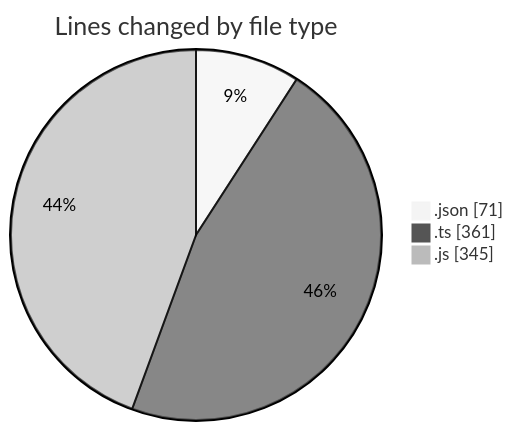
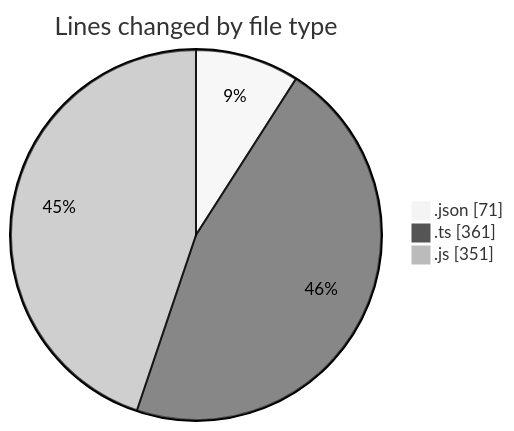
Before and after one commit to momahboobian/code-tracking: the first of 2 diagrams in 2025-02-06/cda/README.md, drawn with Mermaid (neutral theme). The commit also changed other lines of this file and 1 other file, not shown here.

````diff
--- a/2025-02-06/cda/README.md
+++ b/2025-02-06/cda/README.md
@@ -27,7 +27,7 @@
 ```mermaid
 pie showData
 title Lines changed by file type
 ".json" : 71
 ".ts" : 361
-".js" : 345
+".js" : 351
 ```
````
